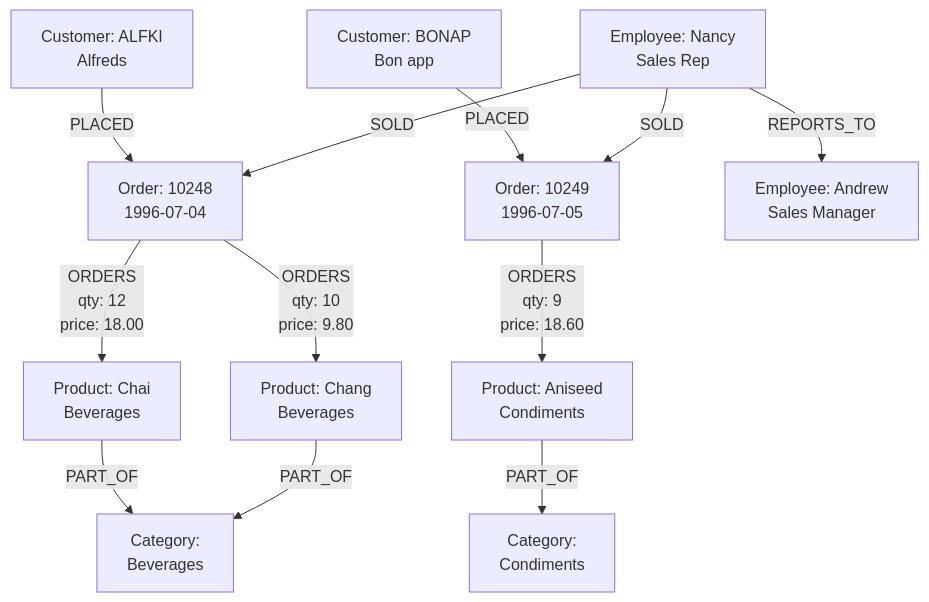
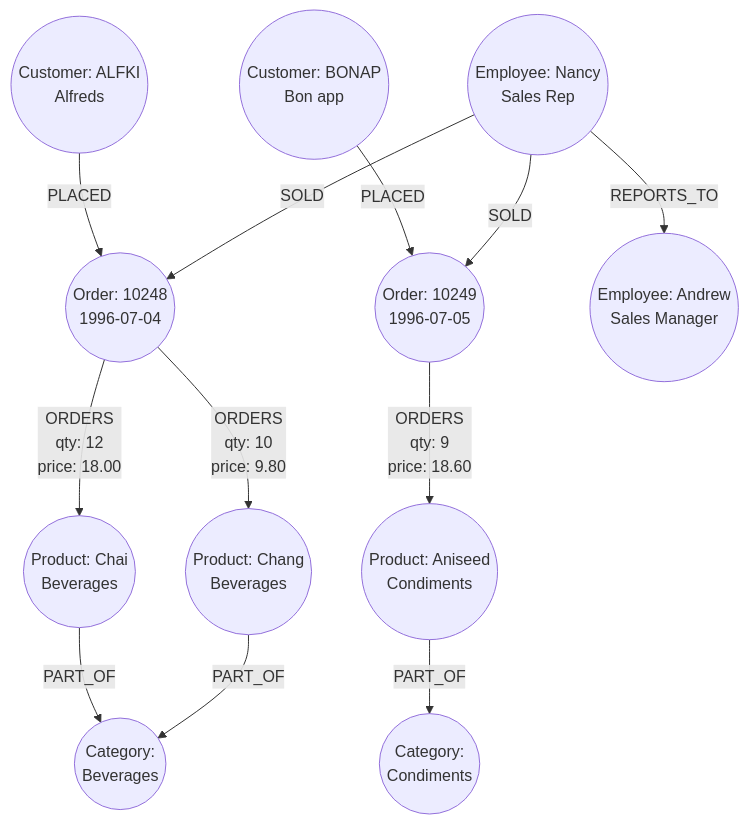
One commit to neo4j-graphacademy/courses changed the diagram in asciidoc/courses/workshop-importing/modules/2-data-modeling/lessons/6-testing-model/lesson.adoc. Above: the diagram before and after it, drawn with Mermaid. The commit also changed 15 other files, not shown here.

````diff
--- a/asciidoc/courses/workshop-importing/modules/2-data-modeling/lessons/6-testing-model/lesson.adoc
+++ b/asciidoc/courses/workshop-importing/modules/2-data-modeling/lessons/6-testing-model/lesson.adoc
@@ -33,17 +33,17 @@
 ```mermaid
 graph TB
-    C1[Customer: ALFKI<br/>Alfreds] -->|PLACED| O1[Order: 10248<br/>1996-07-04]
-    C2[Customer: BONAP<br/>Bon app] -->|PLACED| O2[Order: 10249<br/>1996-07-05]
+    C1((Customer: ALFKI<br/>Alfreds)) -->|PLACED| O1((Order: 10248<br/>1996-07-04))
+    C2((Customer: BONAP<br/>Bon app)) -->|PLACED| O2((Order: 10249<br/>1996-07-05))
 
-    O1 -->|ORDERS<br/>qty: 12<br/>price: 18.00| P1[Product: Chai<br/>Beverages]
-    O1 -->|ORDERS<br/>qty: 10<br/>price: 9.80| P2[Product: Chang<br/>Beverages]
-    O2 -->|ORDERS<br/>qty: 9<br/>price: 18.60| P3[Product: Aniseed<br/>Condiments]
+    O1 -->|ORDERS<br/>qty: 12<br/>price: 18.00| P1((Product: Chai<br/>Beverages))
+    O1 -->|ORDERS<br/>qty: 10<br/>price: 9.80| P2((Product: Chang<br/>Beverages))
+    O2 -->|ORDERS<br/>qty: 9<br/>price: 18.60| P3((Product: Aniseed<br/>Condiments))
 
-    P1 -->|PART_OF| Cat1[Category:<br/>Beverages]
+    P1 -->|PART_OF| Cat1((Category:<br/>Beverages))
     P2 -->|PART_OF| Cat1
-    P3 -->|PART_OF| Cat2[Category:<br/>Condiments]
+    P3 -->|PART_OF| Cat2((Category:<br/>Condiments))
 
-    E1[Employee: Nancy<br/>Sales Rep] -->|SOLD| O1
+    E1((Employee: Nancy<br/>Sales Rep)) -->|SOLD| O1
     E1 -->|SOLD| O2
-    E1 -->|REPORTS_TO| E2[Employee: Andrew<br/>Sales Manager]
+    E1 -->|REPORTS_TO| E2((Employee: Andrew<br/>Sales Manager))
 ```
````
